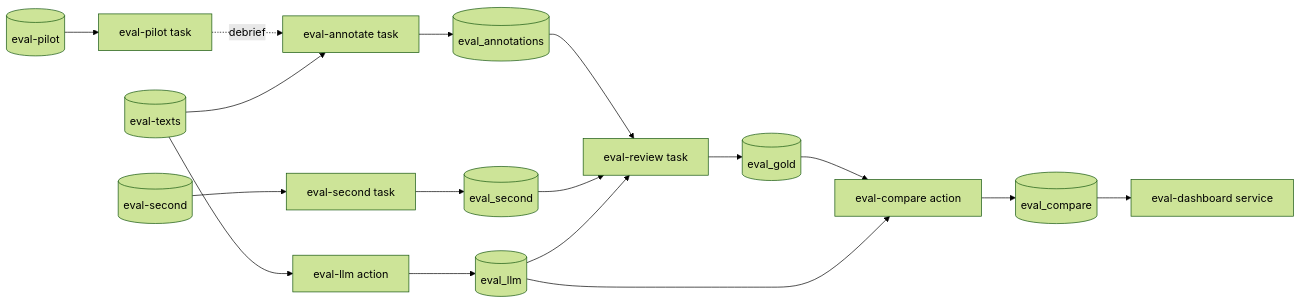
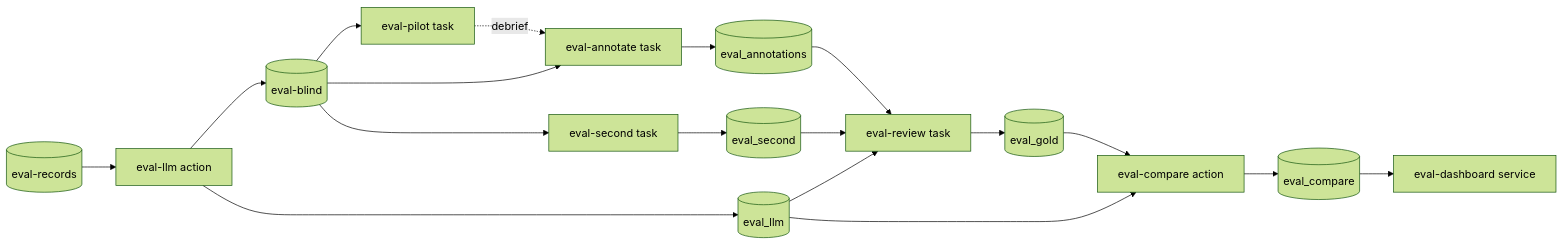
The diagram in llm-classifier-eval/README.md (explosion/ellf-templates), drawn with Mermaid (forest theme) before and after one commit. The commit also changed other lines of this file and 6 other files, not shown here.

First line of the commit message:
Let llm_to_dataset start from logged LLM decisions and sample by label

````diff
--- a/llm-classifier-eval/README.md
+++ b/llm-classifier-eval/README.md
@@ -30,13 +35,15 @@
 ```mermaid
 flowchart LR
     accTitle: Evaluating an LLM classifier
-    accDescr: An action runs the LLM over a published sample of texts and saves its answers to a dataset. People label the same texts blind in a pilot, the main task and optionally a second task. A built-in review settles every disagreement between people and the LLM, a merge puts the settled labels and the LLM's answers in one dataset, and the annotation dashboard shows their agreement and confusions.
-    texts[(eval-texts)] --> llm[eval-llm action] --> llmds[(eval_llm)]
-    pilot[(eval-pilot)] --> ptask[eval-pilot task]
+    accDescr: An action reads the LLM's logged labels from the published records, or calls the LLM on the texts, saves its answers to a dataset and writes the texts without them. People label those texts blind in a pilot, the main task and optionally a second task. A built-in review settles every disagreement between people and the LLM, a merge puts the settled labels and the LLM's answers in one dataset, and the annotation dashboard shows their agreement and confusions.
+    records[(eval-records)] --> llm[eval-llm action]
+    llm --> llmds[(eval_llm)]
+    llm --> blind[(eval-blind)]
+    blind --> ptask[eval-pilot task]
     ptask -. debrief .-> atask
-    texts --> atask[eval-annotate task] --> ads[(eval_annotations)]
-    second[(eval-second)] --> stask[eval-second task] --> sds[(eval_second)]
+    blind --> atask[eval-annotate task] --> ads[(eval_annotations)]
+    blind --> stask[eval-second task] --> sds[(eval_second)]
     ads & sds & llmds --> review[eval-review task] --> gold[(eval_gold)]
     gold & llmds --> merge[eval-compare action] --> compare[(eval_compare)]
     compare --> dash[eval-dashboard service]
 ```
````
